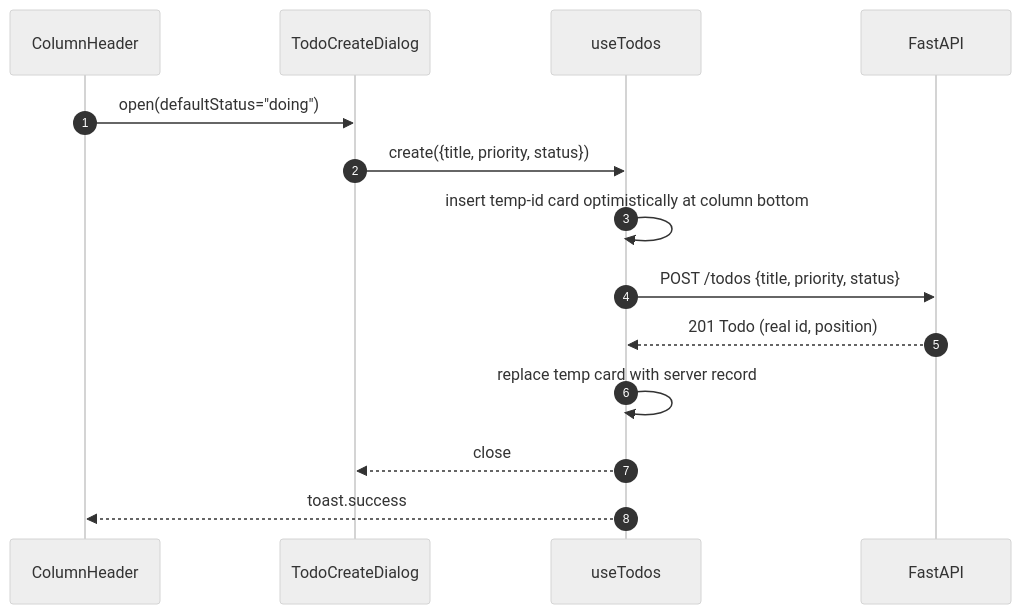
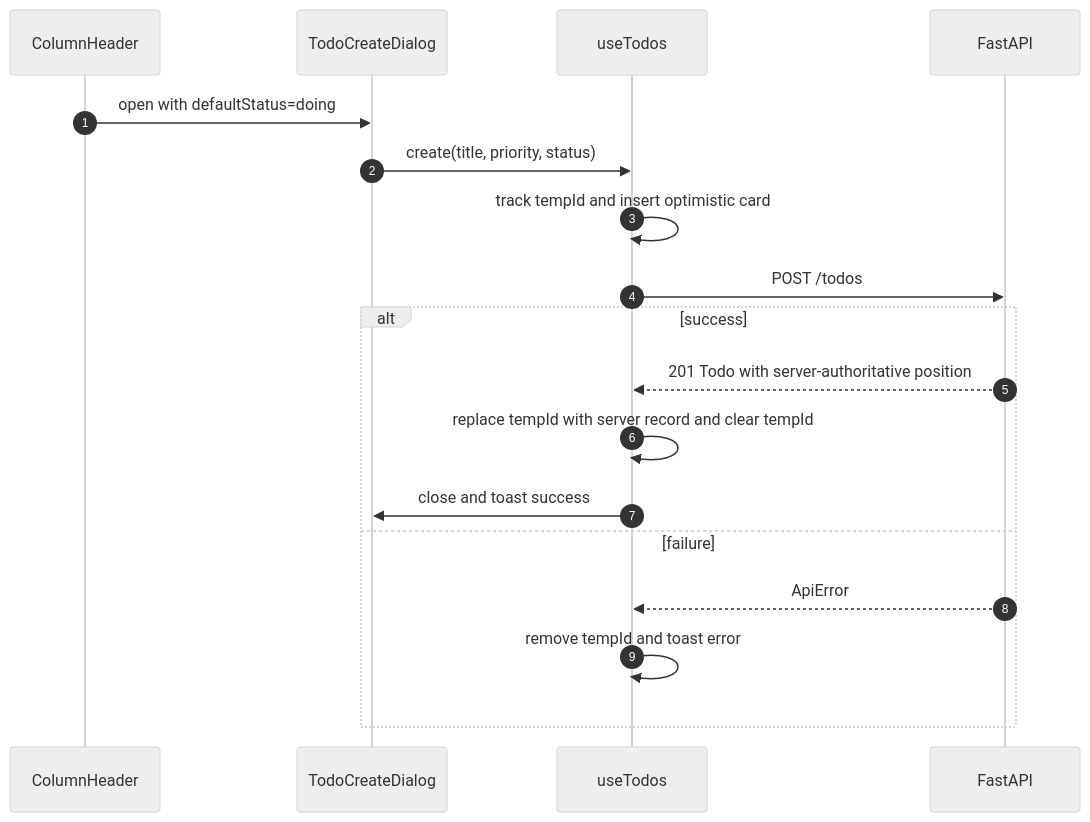
Before and after one commit to robertbagge/learn-agentic-patterns: the third of 3 diagrams in engineering/rpi-1-full-cycle/completed-custom-subagents/meta/plans/add-kanban-view/plan.md, drawn with Mermaid (neutral theme). The commit also changed other lines of this file, not shown here.

````diff
--- a/engineering/rpi-1-full-cycle/completed-custom-subagents/meta/plans/add-kanban-view/plan.md
+++ b/engineering/rpi-1-full-cycle/completed-custom-subagents/meta/plans/add-kanban-view/plan.md
@@ -143,16 +141,20 @@
 ```mermaid
 sequenceDiagram
   autonumber
   participant Col as ColumnHeader
   participant Dlg as TodoCreateDialog
   participant H as useTodos
   participant API as FastAPI
-  Col->>Dlg: open(defaultStatus="doing")
-  Dlg->>H: create({title, priority, status})
-  H->>H: insert temp-id card optimistically at column bottom
-  H->>API: POST /todos {title, priority, status}
-  API-->>H: 201 Todo (real id, position)
-  H->>H: replace temp card with server record
-  H-->>Dlg: close
-  H-->>Col: toast.success
+  Col->>Dlg: open with defaultStatus=doing
+  Dlg->>H: create(title, priority, status)
+  H->>H: track tempId and insert optimistic card
+  H->>API: POST /todos
+  alt success
+    API-->>H: 201 Todo with server-authoritative position
+    H->>H: replace tempId with server record and clear tempId
+    H->>Dlg: close and toast success
+  else failure
+    API-->>H: ApiError
+    H->>H: remove tempId and toast error
+  end
 ```
````
